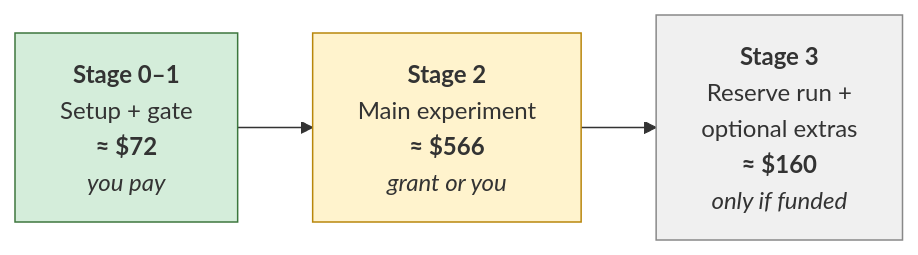
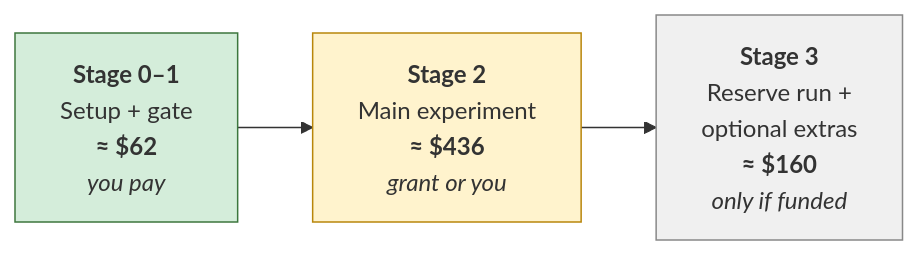
Before and after one commit to ShubsDS/reward-hacks: the second of 2 diagrams in experimental-direction/03-timeline-and-budget.md, drawn with Mermaid. The commit also changed other lines of this file, not shown here.

````diff
--- a/experimental-direction/03-timeline-and-budget.md
+++ b/experimental-direction/03-timeline-and-budget.md
@@ -116,7 +118,7 @@
 ```mermaid
 flowchart LR
-    A["<b>Stage 0–1</b><br/>Setup + gate<br/><b>≈ $72</b><br/><i>you pay</i>"] --> B["<b>Stage 2</b><br/>Main experiment<br/><b>≈ $566</b><br/><i>grant or you</i>"] --> C["<b>Stage 3</b><br/>Reserve run +<br/>optional extras<br/><b>≈ $160</b><br/><i>only if funded</i>"]
+    A["<b>Stage 0–1</b><br/>Setup + gate<br/><b>≈ $62</b><br/><i>you pay</i>"] --> B["<b>Stage 2</b><br/>Main experiment<br/><b>≈ $436</b><br/><i>grant or you</i>"] --> C["<b>Stage 3</b><br/>Reserve run +<br/>optional extras<br/><b>≈ $160</b><br/><i>only if funded</i>"]
     style A fill:#d4edda,stroke:#3c763d
     style B fill:#fff3cd,stroke:#b8860b
     style C fill:#f0f0f0,stroke:#888
 ```
````
